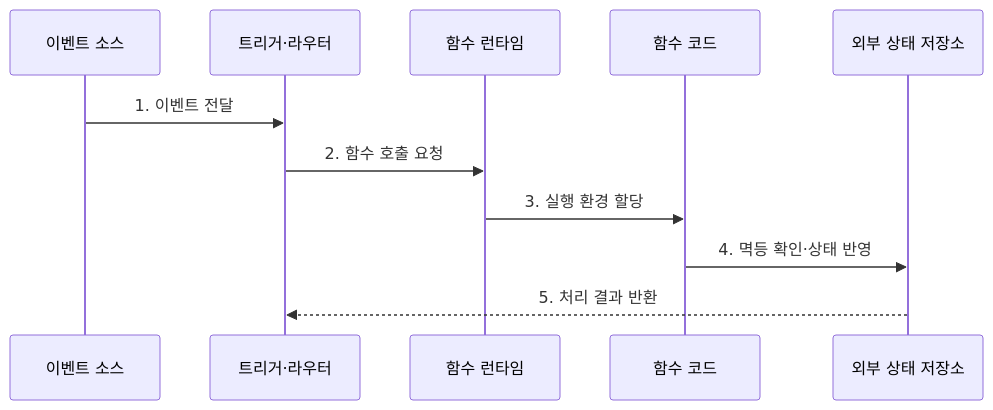
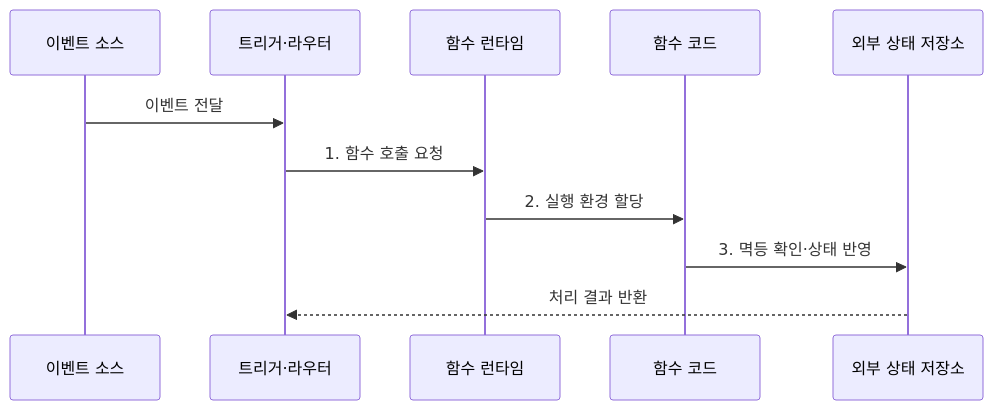
Before and after one commit to agnusdei1207/knowledge-base: the second of 2 diagrams in src/content/docs/notes/08-latest-tech/161_function_as_a_service.md, drawn with Mermaid. The commit also changed other lines of this file and 225 other files, not shown here.

````diff
--- a/src/content/docs/notes/08-latest-tech/161_function_as_a_service.md
+++ b/src/content/docs/notes/08-latest-tech/161_function_as_a_service.md
@@ -76,13 +76,13 @@
 ```mermaid
 sequenceDiagram
   participant E as 이벤트 소스
   participant T as 트리거·라우터
   participant R as 함수 런타임
   participant F as 함수 코드
   participant S as 외부 상태 저장소
-  E->>T: 1. 이벤트 전달
-  T->>R: 2. 함수 호출 요청
-  R->>F: 3. 실행 환경 할당
-  F->>S: 4. 멱등 확인·상태 반영
-  S-->>T: 5. 처리 결과 반환
+  E->>T: 이벤트 전달
+  T->>R: 1. 함수 호출 요청
+  R->>F: 2. 실행 환경 할당
+  F->>S: 3. 멱등 확인·상태 반영
+  S-->>T: 처리 결과 반환
 ```
````
